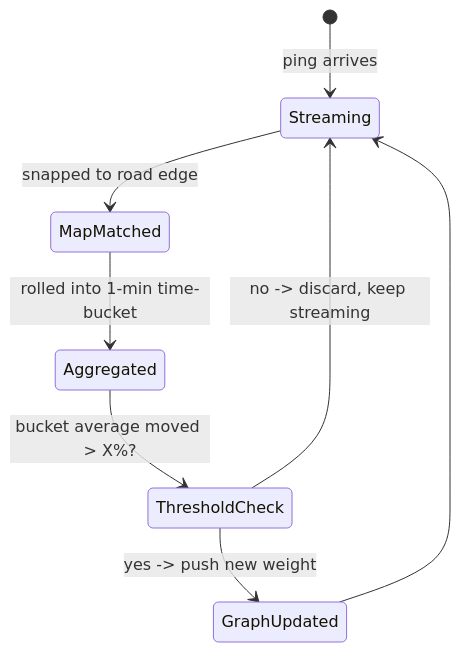
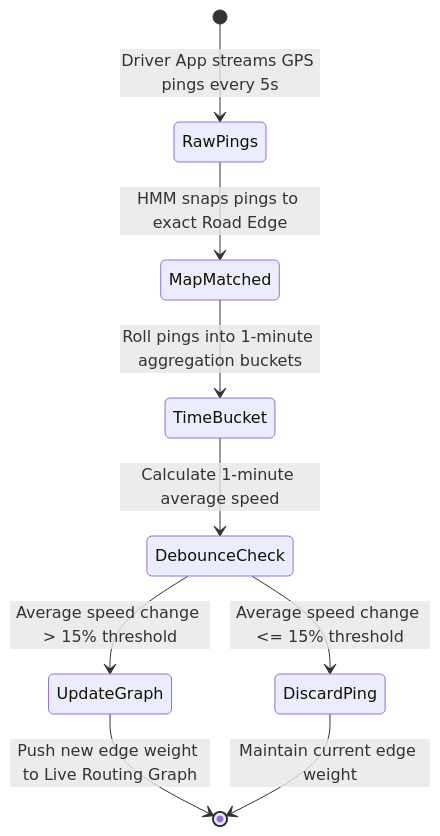
Before and after one commit to riyaz-pasha/Learnings: diagram 12 of 20 in system-design/HLD/0-course/28-Design Google Maps-FAANG-Guide-story.md, drawn with Mermaid. The commit also changed other lines of this file and 1 other file, not shown here.

````diff
--- a/system-design/HLD/0-course/28-Design Google Maps-FAANG-Guide-story.md
+++ b/system-design/HLD/0-course/28-Design Google Maps-FAANG-Guide-story.md
@@ -236,10 +619,13 @@
 ```mermaid
 stateDiagram-v2
-    [*] --> Streaming: ping arrives
-    Streaming --> MapMatched: snapped to road edge
-    MapMatched --> Aggregated: rolled into 1-min time-bucket
-    Aggregated --> ThresholdCheck: bucket average moved > X%?
-    ThresholdCheck --> GraphUpdated: yes -> push new weight
-    ThresholdCheck --> Streaming: no -> discard, keep streaming
-    GraphUpdated --> Streaming
+    [*] --> RawPings: Driver App streams GPS pings every 5s
+    RawPings --> MapMatched: HMM snaps pings to exact Road Edge
+    MapMatched --> TimeBucket: Roll pings into 1-minute aggregation buckets
+    TimeBucket --> DebounceCheck: Calculate 1-minute average speed
+    
+    DebounceCheck --> UpdateGraph: Average speed change > 15% threshold
+    DebounceCheck --> DiscardPing: Average speed change <= 15% threshold
+    
+    UpdateGraph --> [*]: Push new edge weight to Live Routing Graph
+    DiscardPing --> [*]: Maintain current edge weight
 ```
````
